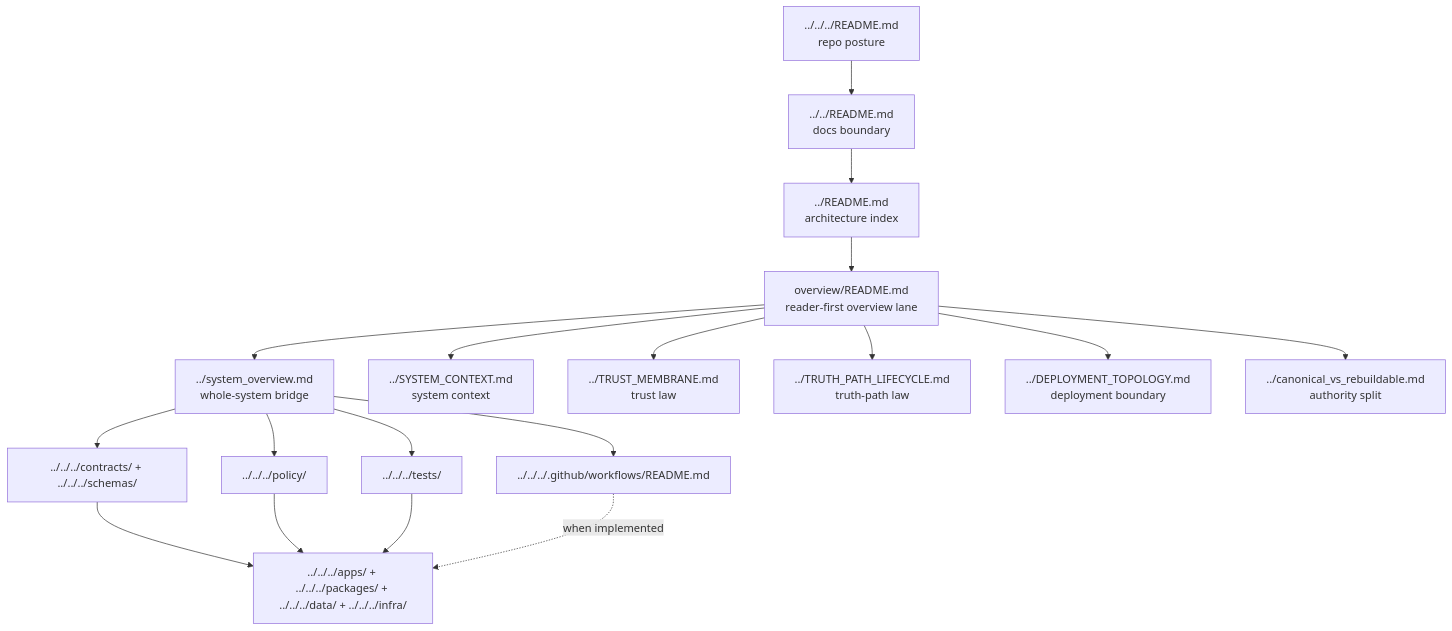
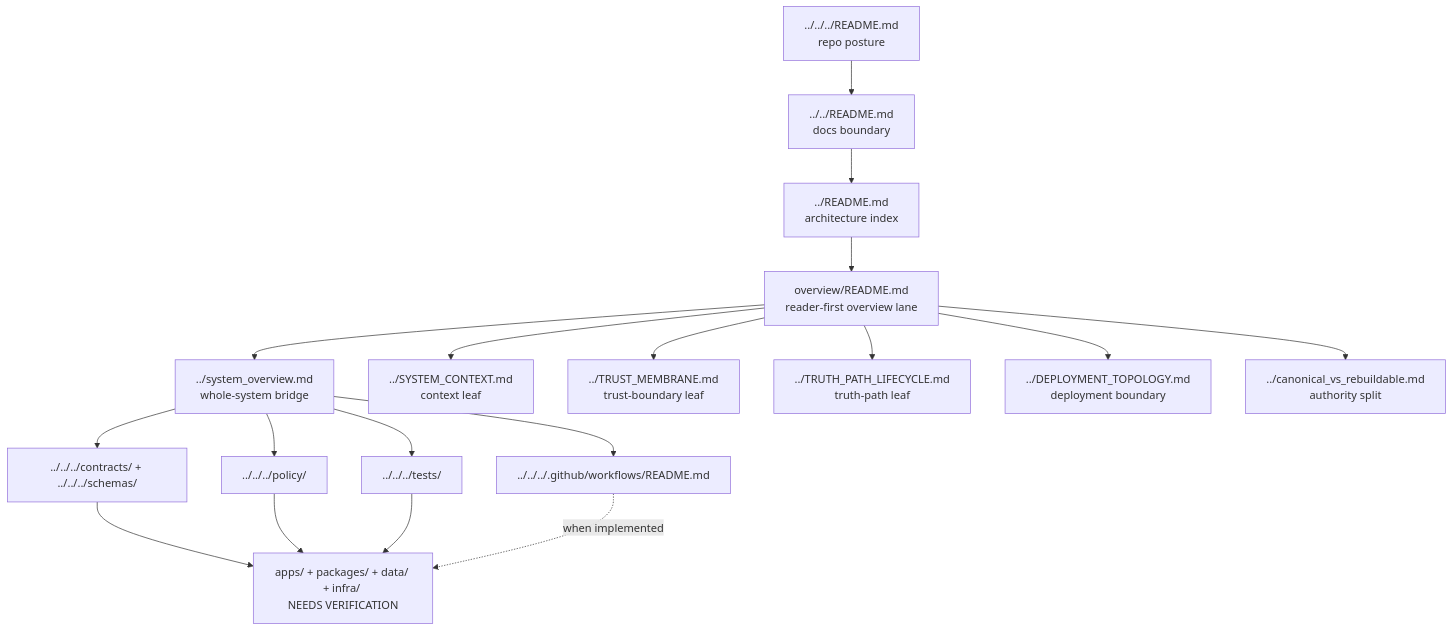
One commit to bartytime4life/Kansas-Frontier-Matrix changed the diagram in docs/architecture/overview/README.md. Above: the diagram before and after it, drawn with Mermaid. The commit also changed other lines of this file, not shown here.

````diff
--- a/docs/architecture/overview/README.md
+++ b/docs/architecture/overview/README.md
@@ -268,23 +275,23 @@
 ```mermaid
 flowchart TB
   Root["../../../README.md<br/>repo posture"] --> Docs["../../README.md<br/>docs boundary"]
   Docs --> Arch["../README.md<br/>architecture index"]
   Arch --> Overview["overview/README.md<br/>reader-first overview lane"]
 
   Overview --> Sys["../system_overview.md<br/>whole-system bridge"]
-  Overview --> Ctx["../SYSTEM_CONTEXT.md<br/>system context"]
-  Overview --> Mem["../TRUST_MEMBRANE.md<br/>trust law"]
-  Overview --> Path["../TRUTH_PATH_LIFECYCLE.md<br/>truth-path law"]
-  Overview --> Topo["../DEPLOYMENT_TOPOLOGY.md<br/>deployment boundary"]
+  Overview --> Context["../SYSTEM_CONTEXT.md<br/>context leaf"]
+  Overview --> Membrane["../TRUST_MEMBRANE.md<br/>trust-boundary leaf"]
+  Overview --> Path["../TRUTH_PATH_LIFECYCLE.md<br/>truth-path leaf"]
+  Overview --> Topology["../DEPLOYMENT_TOPOLOGY.md<br/>deployment boundary"]
   Overview --> Canon["../canonical_vs_rebuildable.md<br/>authority split"]
 
   Sys --> Contracts["../../../contracts/ + ../../../schemas/"]
   Sys --> Policy["../../../policy/"]
   Sys --> Tests["../../../tests/"]
   Sys --> Workflows["../../../.github/workflows/README.md"]
 
-  Contracts --> Runtime["../../../apps/ + ../../../packages/ + ../../../data/ + ../../../infra/"]
+  Contracts --> Runtime["apps/ + packages/ + data/ + infra/ <br/>NEEDS VERIFICATION"]
   Policy --> Runtime
   Tests --> Runtime
   Workflows -. when implemented .-> Runtime
 ```
````
